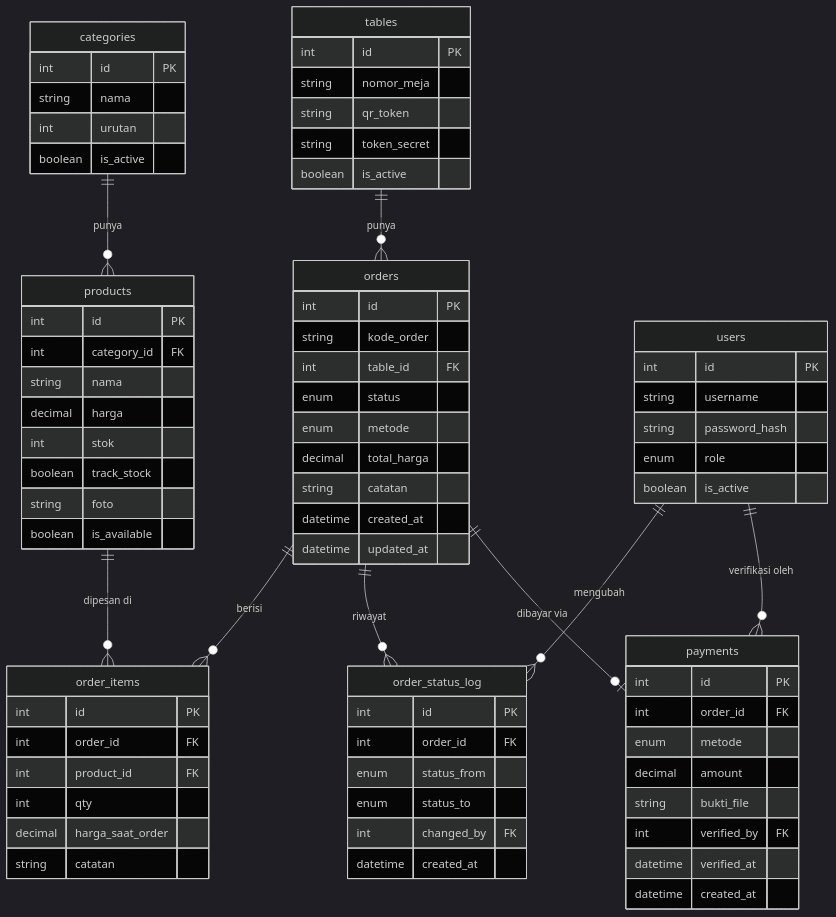
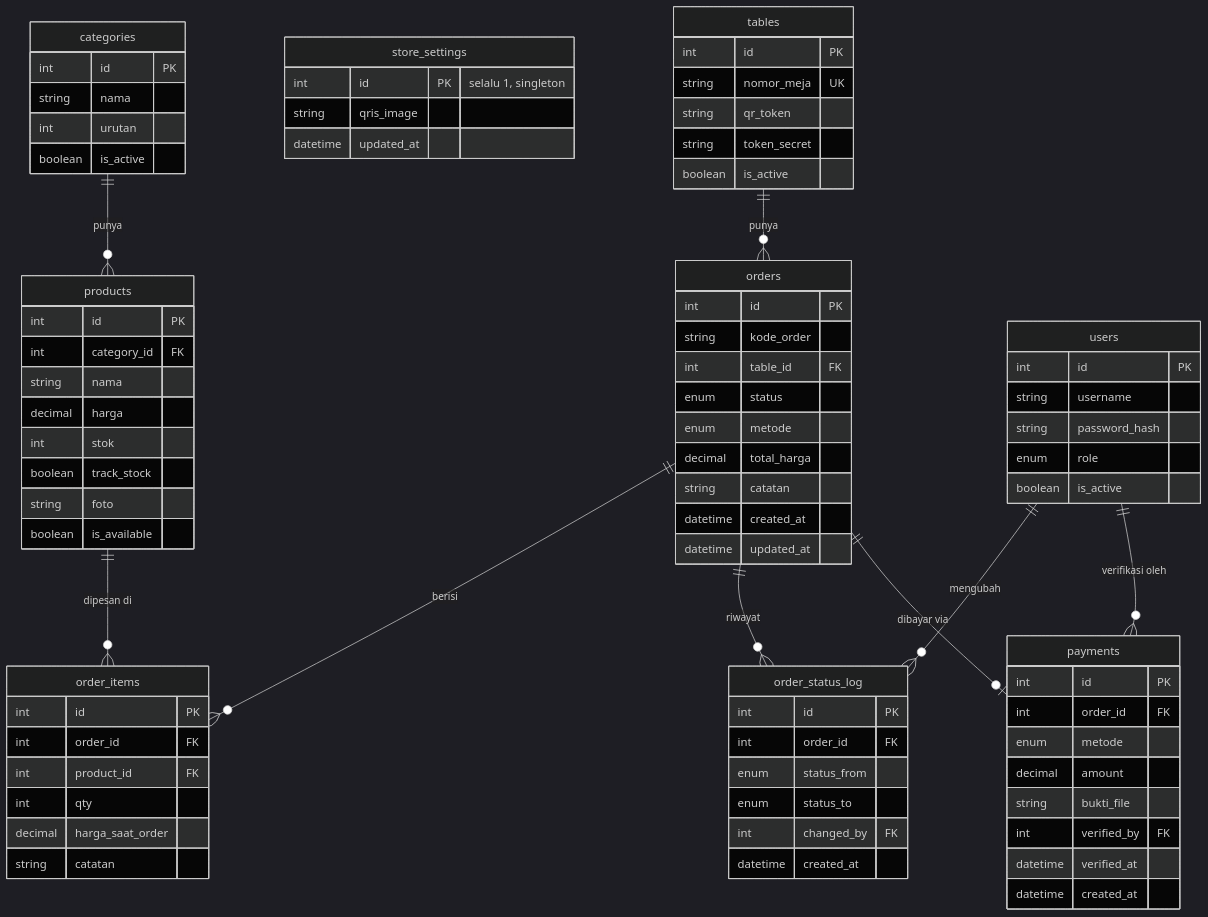
The third of 3 diagrams in docs/ERD_DFD.md (pranajag/pop-side-qr), drawn with Mermaid (dark theme) before and after one commit. The commit also changed other lines of this file and 16 other files, not shown here.

```diff
--- a/docs/ERD_DFD.md
+++ b/docs/ERD_DFD.md
@@ -62,10 +62,15 @@
 erDiagram
     tables {
         int id PK
-        string nomor_meja
+        string nomor_meja UK
         string qr_token
         string token_secret
         boolean is_active
+    }
+    store_settings {
+        int id PK "selalu 1, singleton"
+        string qris_image
+        datetime updated_at
     }
     categories {
         int id PK
```
